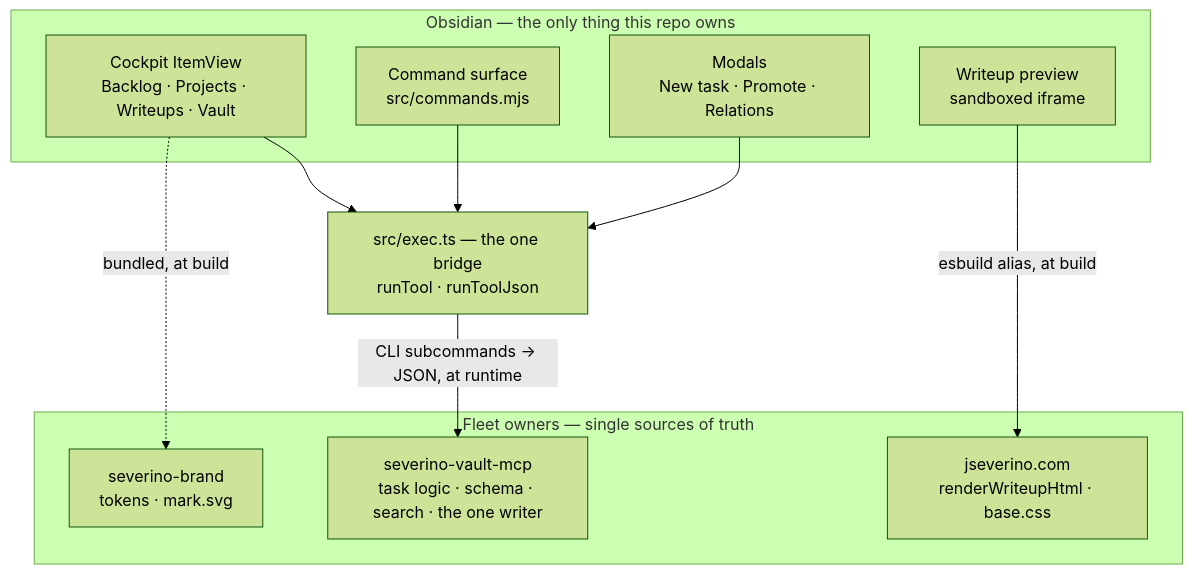
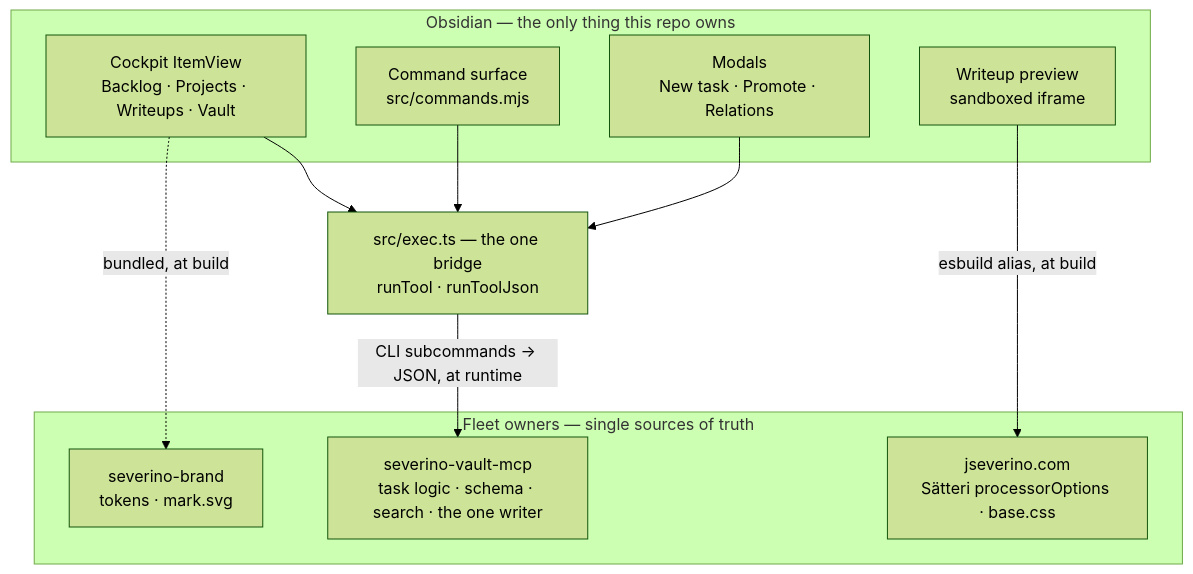
One commit to joeseverino/severino-obsidian changed the diagram in docs/diagrams/architecture.mmd. Above: the diagram before and after it, drawn with Mermaid (forest theme). The commit also changed 12 other files, not shown here.

First line of the commit message:
feat(preview): render through the site's Sätteri renderer

```diff
--- a/docs/diagrams/architecture.mmd
+++ b/docs/diagrams/architecture.mmd
@@ -1,23 +1,23 @@
 flowchart TB
     subgraph editor["Obsidian — the only thing this repo owns"]
         cockpit["Cockpit ItemView<br/>Backlog · Projects · Writeups · Vault"]
         cmds["Command surface<br/>src/commands.mjs"]
         modals["Modals<br/>New task · Promote · Relations"]
         preview["Writeup preview<br/>sandboxed iframe"]
     end
 
     bridge["src/exec.ts — the one bridge<br/>runTool · runToolJson"]
 
     cockpit --> bridge
     cmds --> bridge
     modals --> bridge
 
     subgraph owners["Fleet owners — single sources of truth"]
         mcp["severino-vault-mcp<br/>task logic · schema · search · the one writer"]
-        site["jseverino.com<br/>renderWriteupHtml · base.css"]
+        site["jseverino.com<br/>Sätteri processorOptions · base.css"]
         brand["severino-brand<br/>tokens · mark.svg"]
     end
 
     bridge -->|"CLI subcommands → JSON, at runtime"| mcp
     preview -->|"esbuild alias, at build"| site
     cockpit -.->|"bundled, at build"| brand
```
